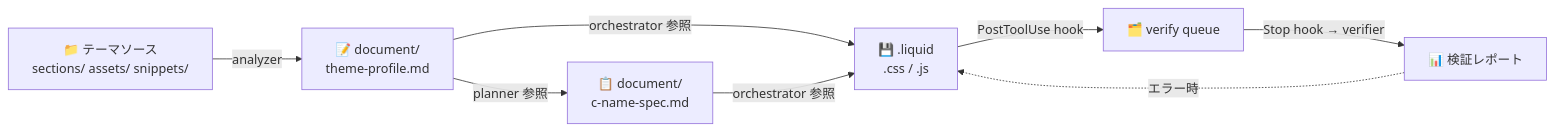
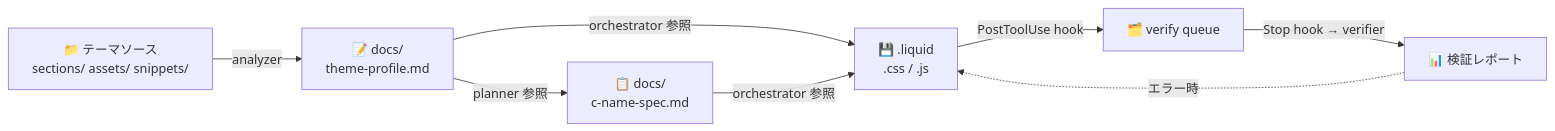
Before and after one commit to Hiromu-Private/waggy-shopify-theme-plugin: the third of 3 diagrams in docs/architecture.md, drawn with Mermaid. The commit also changed other lines of this file and 5 other files, not shown here.

````diff
--- a/docs/architecture.md
+++ b/docs/architecture.md
@@ -146,17 +151,17 @@
 ```mermaid
 flowchart LR
     SourceCode[📁 テーマソース<br/>sections/ assets/ snippets/]
-    Profile[📝 document/<br/>theme-profile.md]
-    Spec[📋 document/<br/>c-name-spec.md]
+    Profile[📝 docs/<br/>theme-profile.md]
+    Spec[📋 docs/<br/>c-name-spec.md]
     Files[💾 .liquid<br/>.css / .js]
     Queue[🗂️ verify queue]
     Report[📊 検証レポート]
 
     SourceCode -->|analyzer| Profile
     Profile -->|planner 参照| Spec
     Profile -->|orchestrator 参照| Files
     Spec -->|orchestrator 参照| Files
     Files -->|PostToolUse hook| Queue
     Queue -->|Stop hook → verifier| Report
     Report -.->|エラー時| Files
 ```
````
